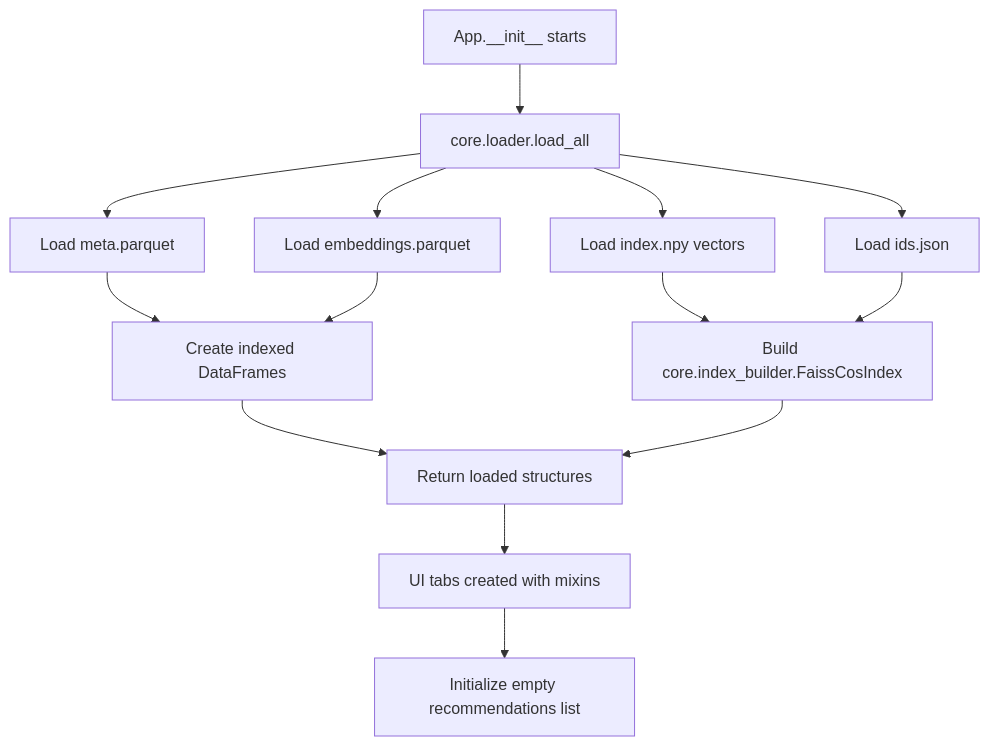
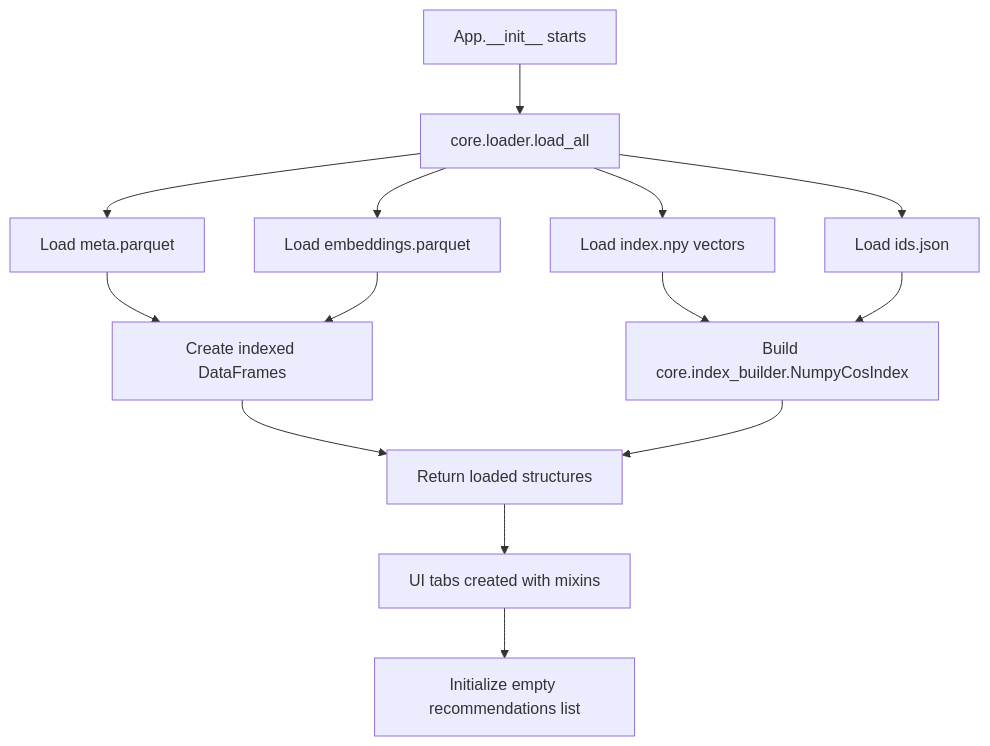
Before and after one commit to zeinramadan/cosine-companion: the second of 3 diagrams in docs/PROGRAM_FLOW.md, drawn with Mermaid. The commit also changed other lines of this file and 5 other files, not shown here.

````diff
--- a/docs/PROGRAM_FLOW.md
+++ b/docs/PROGRAM_FLOW.md
@@ -270,18 +270,18 @@
 ```mermaid
 graph TD
     A[App.__init__ starts] --> B[core.loader.load_all]
     B --> C[Load meta.parquet]
     B --> D[Load embeddings.parquet] 
     B --> E[Load index.npy vectors]
     B --> F[Load ids.json]
     
     C --> G[Create indexed DataFrames]
     D --> G
-    E --> H[Build core.index_builder.FaissCosIndex]
+    E --> H[Build core.index_builder.NumpyCosIndex]
     F --> H
     
     G --> I[Return loaded structures]
     H --> I
     I --> J[UI tabs created with mixins]
     J --> K[Initialize empty recommendations list]
 ```
````
